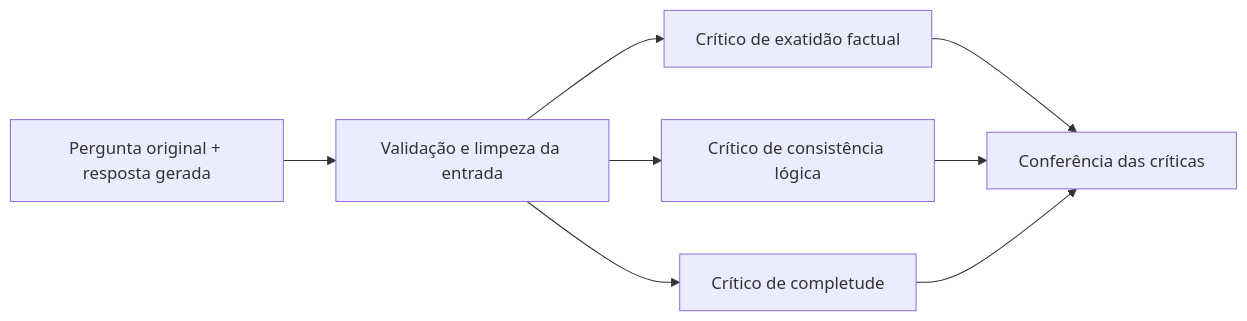
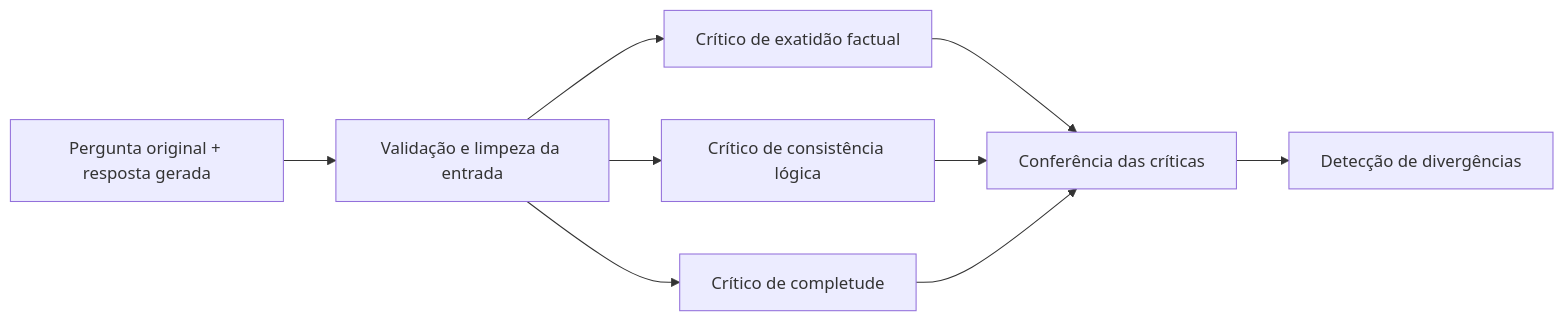
One commit to carlosEA28/LLM-Output-Arbitration-System changed the diagram in README.md. Above: the diagram before and after it, drawn with Mermaid. The commit also changed other lines of this file and 6 other files, not shown here.

````diff
--- a/README.md
+++ b/README.md
@@ -9,10 +9,11 @@
 ```mermaid
 flowchart LR
     A["Pergunta original + resposta gerada"] --> B[Validação e limpeza da entrada]
     B --> C[Crítico de exatidão factual]
     B --> D[Crítico de consistência lógica]
     B --> E[Crítico de completude]
     C --> F[Conferência das críticas]
     D --> F
     E --> F
+    F --> G[Detecção de divergências]
 ```
````
